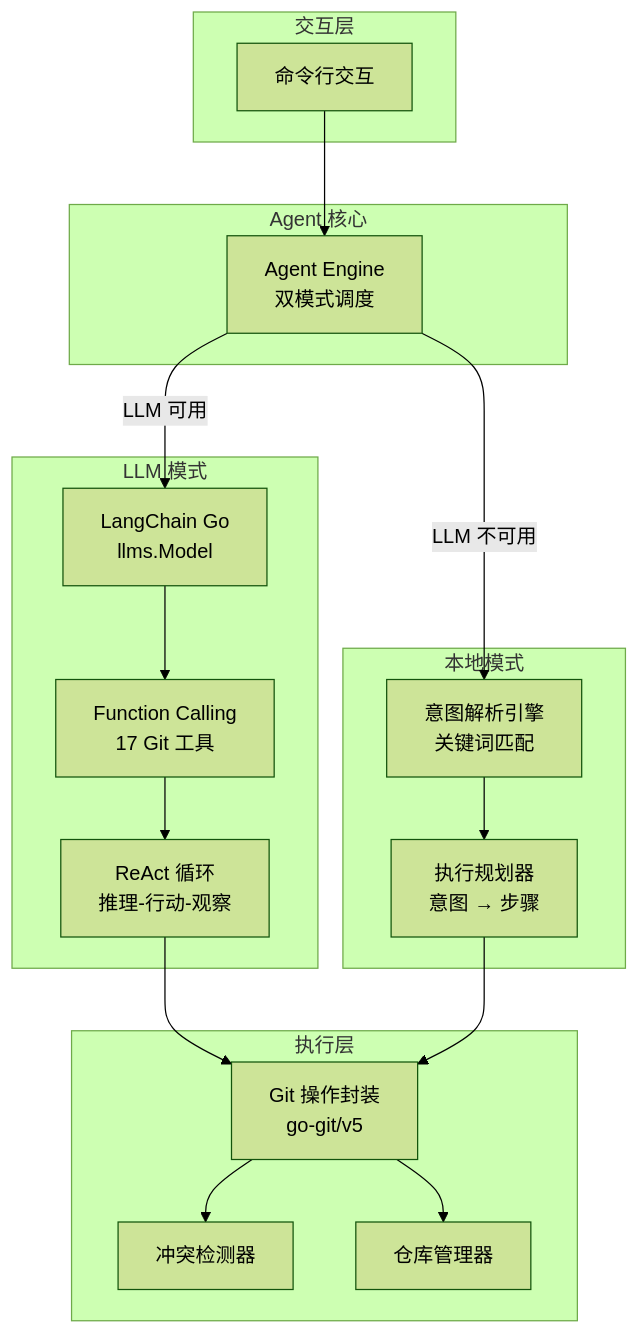
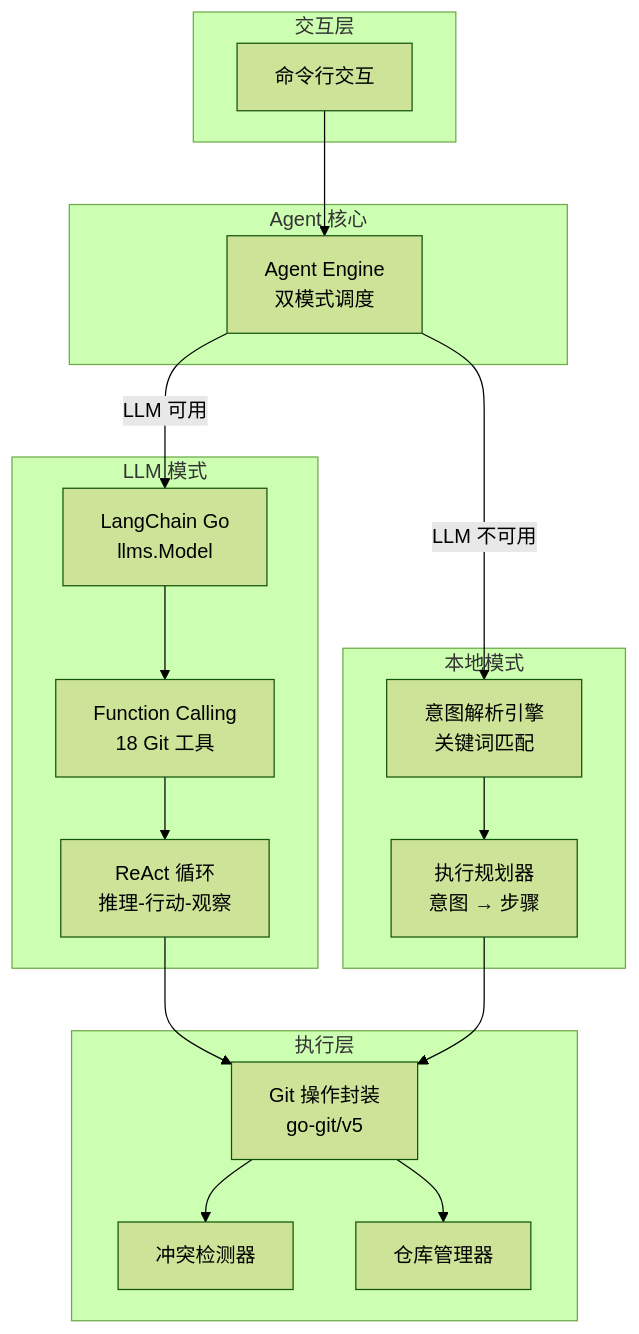
Before and after one commit to jackz-jones/git-agent: the first of 7 diagrams in README_zh.md, drawn with Mermaid (forest theme). The commit also changed other lines of this file and 4 other files, not shown here.

````diff
--- a/README_zh.md
+++ b/README_zh.md
@@ -29,38 +30,38 @@
 ```mermaid
 graph TB
     subgraph interaction[交互层]
         CLI[命令行交互]
     end
 
     subgraph core[Agent 核心]
         AgentCore[Agent Engine<br/>双模式调度]
     end
 
     subgraph llm_mode[LLM 模式]
         LC[LangChain Go<br/>llms.Model]
-        FC[Function Calling<br/>17 Git 工具]
+        FC[Function Calling<br/>18 Git 工具]
         ReAct[ReAct 循环<br/>推理-行动-观察]
     end
 
     subgraph local_mode[本地模式]
         Interpreter[意图解析引擎<br/>关键词匹配]
         Planner[执行规划器<br/>意图 → 步骤]
     end
 
     subgraph execution[执行层]
         GitWrapper[Git 操作封装<br/>go-git/v5]
         ConflictDetector[冲突检测器]
         RepoManager[仓库管理器]
     end
 
     CLI --> AgentCore
     AgentCore -->|LLM 可用| LC
     LC --> FC
     FC --> ReAct
     AgentCore -->|LLM 不可用| Interpreter
     Interpreter --> Planner
     ReAct --> GitWrapper
     Planner --> GitWrapper
     GitWrapper --> ConflictDetector
     GitWrapper --> RepoManager
 ```
````
